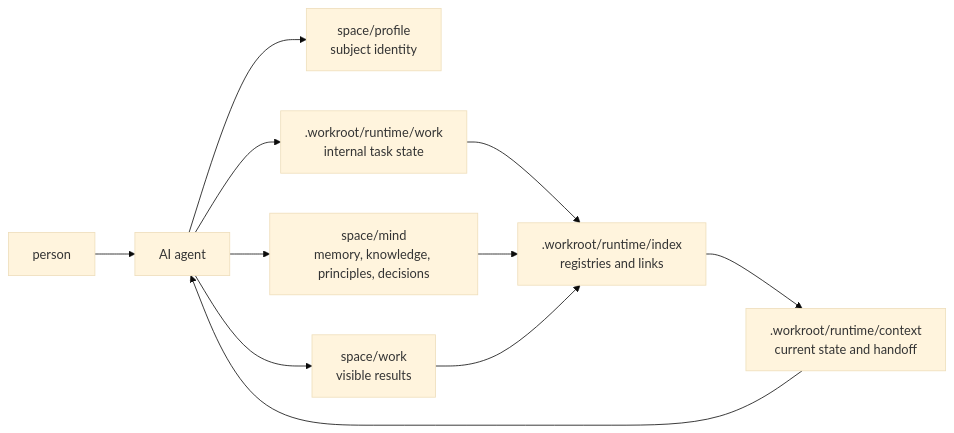
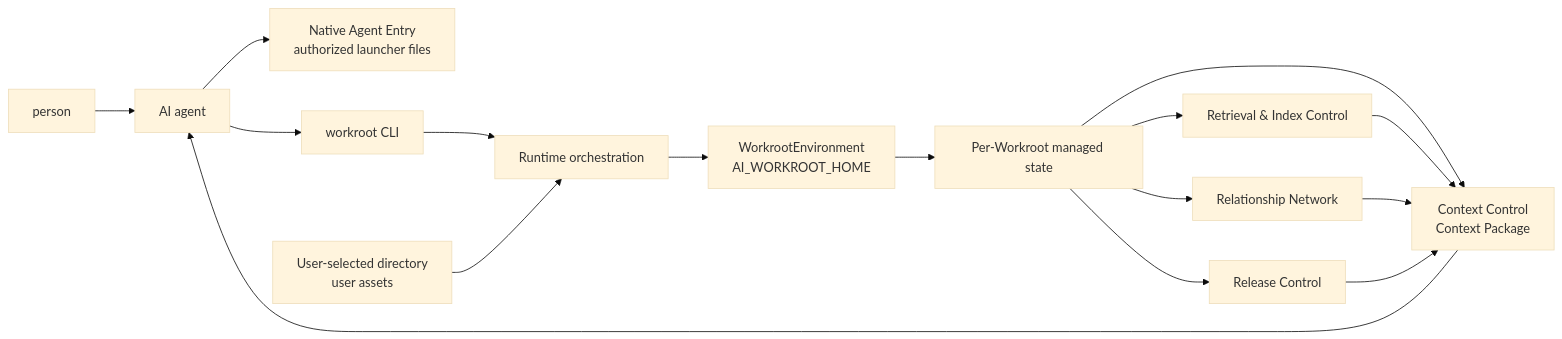
Before and after one commit to ai-workroot/ai-workroot: the first of 6 diagrams in docs/architecture-map.md, drawn with Mermaid (base theme). The commit also changed other lines of this file and 19 other files, not shown here.

Commit message:
Align public docs with Clean Workroot architecture

````diff
--- a/docs/architecture-map.md
+++ b/docs/architecture-map.md
@@ -14,13 +17,18 @@
 ```mermaid
 flowchart LR
   User[person] --> Agent[AI agent]
-  Agent --> Profile[space/profile<br/>subject identity]
-  Agent --> Work[space/work<br/>visible results]
-  Agent --> RuntimeWork[.workroot/runtime/work<br/>internal task state]
-  Agent --> Mind[space/mind<br/>memory, knowledge, principles, decisions]
-  RuntimeWork --> Index[.workroot/runtime/index<br/>registries and links]
-  Mind --> Index
-  Work --> Index
-  Index --> Context[.workroot/runtime/context<br/>current state and handoff]
+  Agent --> Entry[Native Agent Entry<br/>authorized launcher files]
+  Agent --> CLI[workroot CLI]
+  CLI --> Runtime[Runtime orchestration]
+  Runtime --> Env[WorkrootEnvironment<br/>AI_WORKROOT_HOME]
+  Env --> WR[Per-Workroot managed state]
+  UserDir[User-selected directory<br/>user assets] --> Runtime
+  WR --> Context[Context Control<br/>Context Package]
+  WR --> Release[Release Control]
+  WR --> Rel[Relationship Network]
+  WR --> Retrieval[Retrieval & Index Control]
+  Retrieval --> Context
+  Rel --> Context
+  Release --> Context
   Context --> Agent
 ```
````
